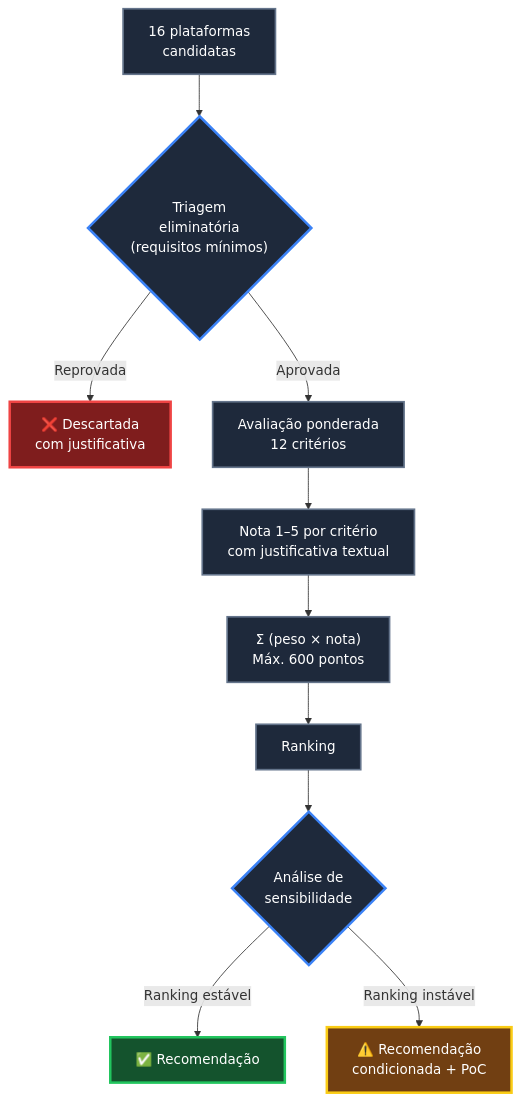
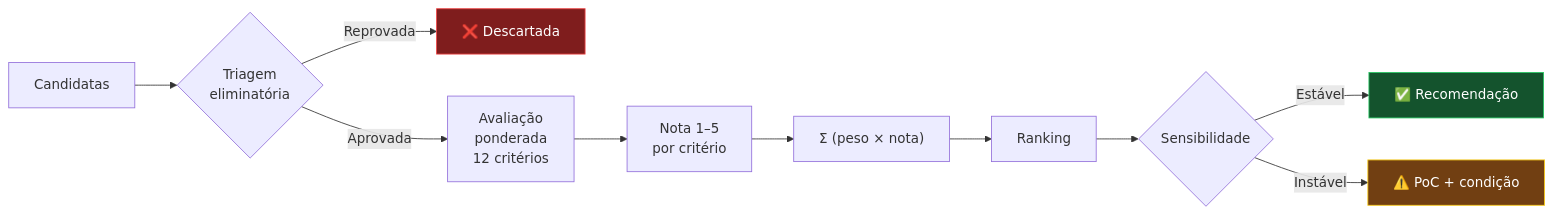
Before and after one commit to fabioramos-02/tradeoff-analytics: the diagram in docs/03-criterios.md, drawn with Mermaid. The commit also changed other lines of this file and 23 other files, not shown here.

Commit message:
feat: establish analytics architecture documentation including ADR-002 and supporting comparative studies

````diff
--- a/docs/03-criterios.md
+++ b/docs/03-criterios.md
@@ -28,26 +28,16 @@
 ```mermaid
-flowchart TD
-    A["16 plataformas<br/>candidatas"] --> B{"Triagem<br/>eliminatória<br/>(requisitos mínimos)"}
-    B -->|"Reprovada"| C["❌ Descartada<br/>com justificativa"]
-    B -->|"Aprovada"| D["Avaliação ponderada<br/>12 critérios"]
-    D --> E["Nota 1–5 por critério<br/>com justificativa textual"]
-    E --> F["Σ (peso × nota)<br/>Máx. 600 pontos"]
+flowchart LR
+    A["Candidatas"] --> B{"Triagem<br/>eliminatória"}
+    B -->|"Reprovada"| C["❌ Descartada"]
+    B -->|"Aprovada"| D["Avaliação<br/>ponderada<br/>12 critérios"]
+    D --> E["Nota 1–5<br/>por critério"]
+    E --> F["Σ (peso × nota)"]
     F --> G["Ranking"]
-    G --> H{"Análise de<br/>sensibilidade"}
-    H -->|"Ranking estável"| I["✅ Recomendação"]
-    H -->|"Ranking instável"| J["⚠️ Recomendação<br/>condicionada + PoC"]
+    G --> H{"Sensibilidade"}
+    H -->|"Estável"| I["✅ Recomendação"]
+    H -->|"Instável"| J["⚠️ PoC + condição"]
 
-    %% Fluxo padrão
-    style A fill:#1E293B,stroke:#64748B,stroke-width:2px,color:#FFFFFF
-    style B fill:#1E293B,stroke:#3B82F6,stroke-width:3px,color:#FFFFFF
-    style D fill:#1E293B,stroke:#64748B,stroke-width:2px,color:#FFFFFF
-    style E fill:#1E293B,stroke:#64748B,stroke-width:2px,color:#FFFFFF
-    style F fill:#1E293B,stroke:#64748B,stroke-width:2px,color:#FFFFFF
-    style G fill:#1E293B,stroke:#64748B,stroke-width:2px,color:#FFFFFF
-    style H fill:#1E293B,stroke:#3B82F6,stroke-width:3px,color:#FFFFFF
-
-    %% Caminhos
-    style C fill:#7F1D1D,stroke:#EF4444,stroke-width:3px,color:#FFFFFF
-    style I fill:#14532D,stroke:#22C55E,stroke-width:3px,color:#FFFFFF
-    style J fill:#713F12,stroke:#FACC15,stroke-width:3px,color:#FFFFFF
+    style C fill:#7F1D1D,stroke:#EF4444,color:#FFFFFF
+    style I fill:#14532D,stroke:#22C55E,color:#FFFFFF
+    style J fill:#713F12,stroke:#FACC15,color:#FFFFFF
 ```
````
